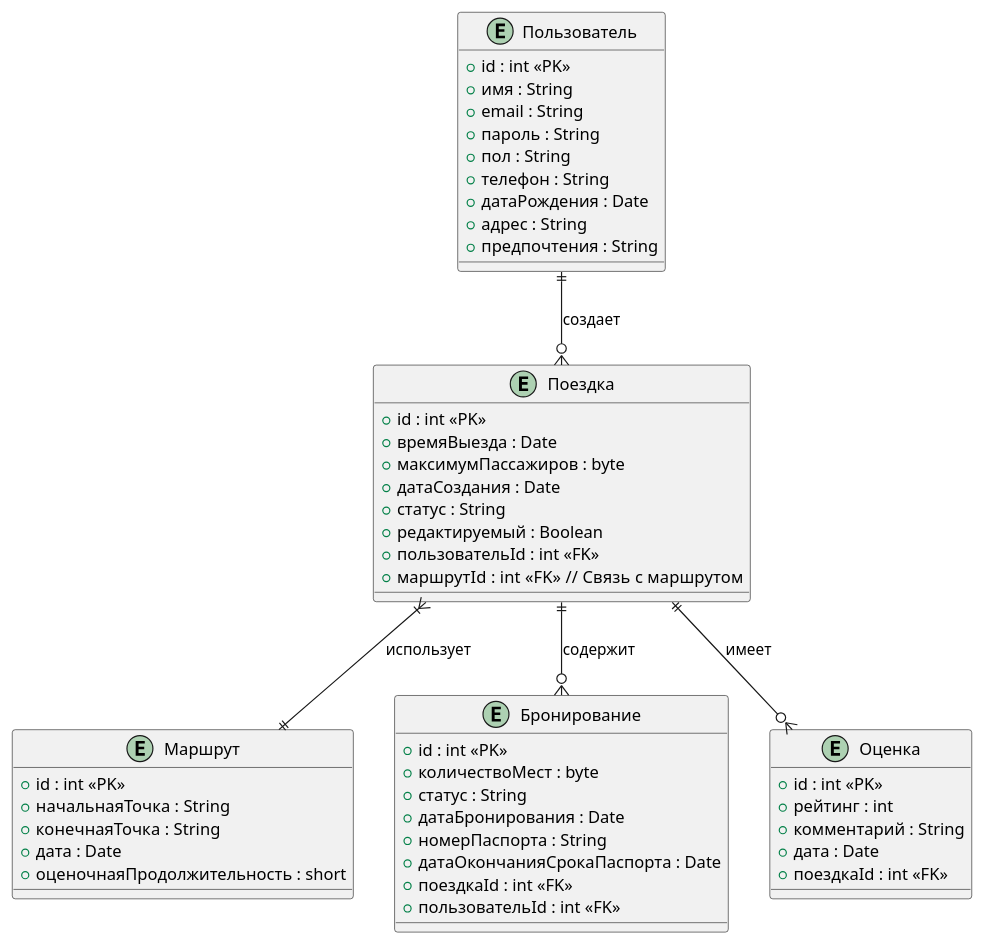
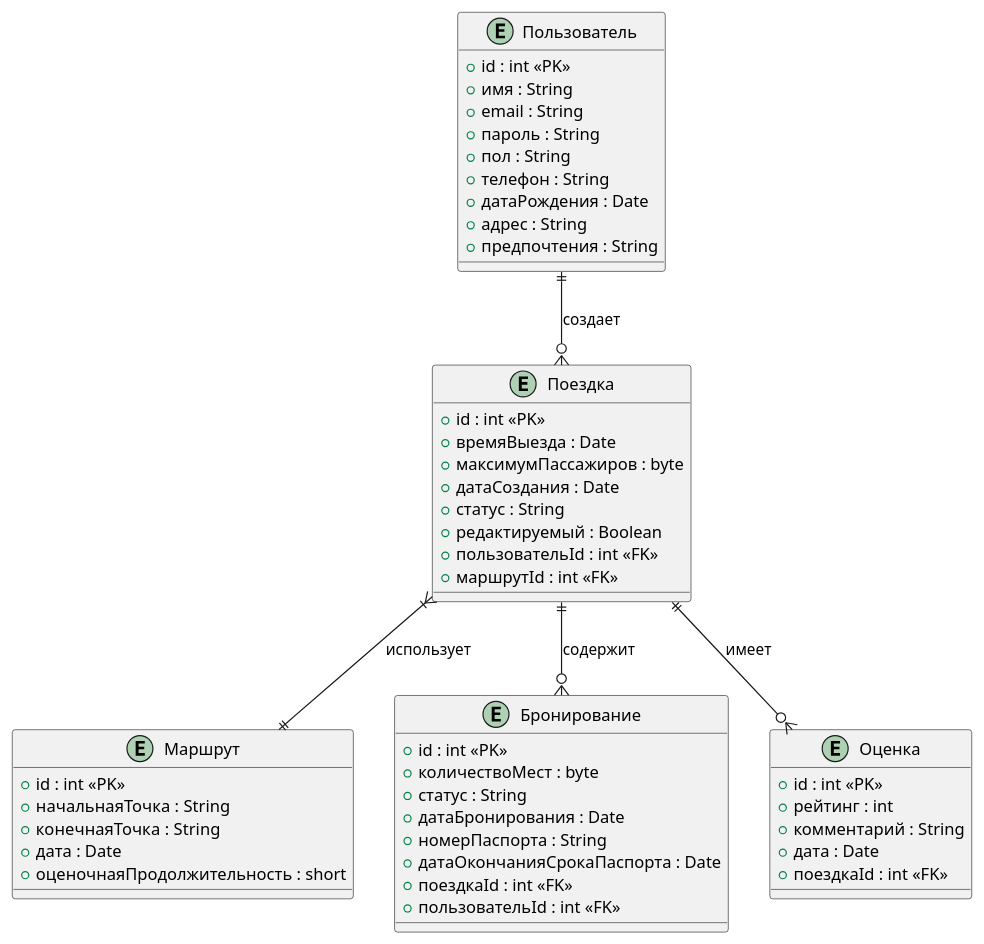
One commit to BUka228/CarPooling changed the diagram in UML/DataBase.puml. Above: the diagram before and after it, drawn with PlantUML. The commit also changed 43 other files, not shown here.

```diff
--- a/UML/DataBase.puml
+++ b/UML/DataBase.puml
@@ -1,57 +1,57 @@
 @startuml
 entity Пользователь {
     +id : int <<PK>>
     +имя : String
     +email : String
     +пароль : String
     +пол : String
     +телефон : String
     +датаРождения : Date
     +адрес : String
     +предпочтения : String
 }
 
 entity Поездка {
     +id : int <<PK>>
     +времяВыезда : Date
     +максимумПассажиров : byte
     +датаСоздания : Date
     +статус : String
     +редактируемый : Boolean
     +пользовательId : int <<FK>>
-    +маршрутId : int <<FK>>  // Связь с маршрутом
+    +маршрутId : int <<FK>>
 }
 
 entity Маршрут {
     +id : int <<PK>>
     +начальнаяТочка : String
     +конечнаяТочка : String
     +дата : Date
     +оценочнаяПродолжительность : short
 }
 
 entity Бронирование {
     +id : int <<PK>>
     +количествоМест : byte
     +статус : String
     +датаБронирования : Date
     +номерПаспорта : String
     +датаОкончанияСрокаПаспорта : Date
     +поездкаId : int <<FK>>
     +пользовательId : int <<FK>>
 }
 
 entity Оценка {
     +id : int <<PK>>
     +рейтинг : int
     +комментарий : String
     +дата : Date
     +поездкаId : int <<FK>>
 }
 
 Пользователь ||--o{ Поездка : создает
 Поездка ||--o{ Бронирование : содержит
 Поездка ||--o{ Оценка : имеет
 Поездка }|--|| Маршрут : использует
 
 @enduml
```
